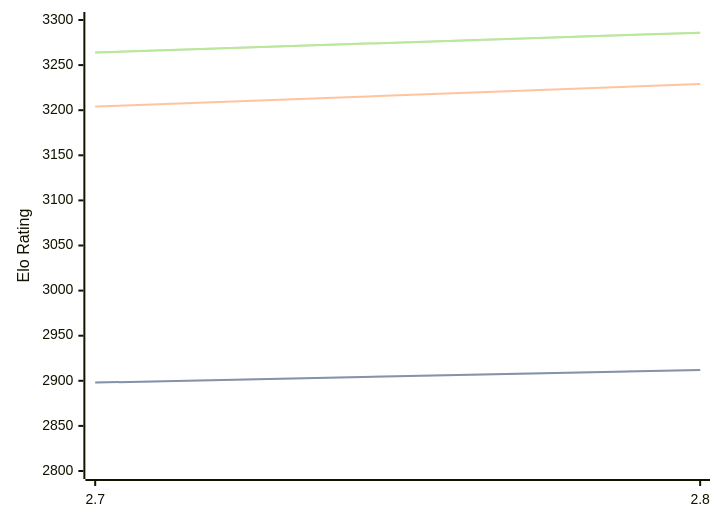
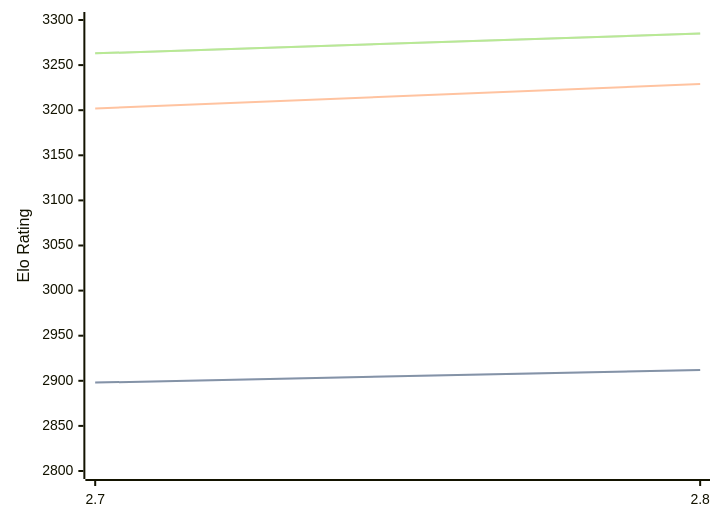
The diagram in engines/Arcanum.md (computer-chess-index/cci), drawn with Mermaid before and after one commit. The commit also changed other lines of this file, not shown here.

Commit message:
Update CCI Ratings (ELO VLTC) - 2026-09-01

````diff
--- a/engines/Arcanum.md
+++ b/engines/Arcanum.md
@@ -32,11 +32,11 @@
 ```mermaid
 %%{init: {"theme":"base","themeVariables":{"seriesColors:['#a3a3a3','#222221','#faa371']}}}%%
 xychart-beta
   x-axis ["2.7", "2.8"]
   y-axis "Elo Rating" 2800 --> 3300
   line "" [2898, 2912]
   line "STC (8.0+0.08s)" [2898, 2912]
-  line "LTC (60.0+0.60s)" [3204, 3229]
-  line "" [3264, 3286]
-  line "VLTC (2m24s+1.12s)" [3264, 3286]
+  line "LTC (60.0+0.60s)" [3202, 3229]
+  line "" [3263, 3285]
+  line "VLTC (2m24s+1.12s)" [3263, 3285]
 ```
````
